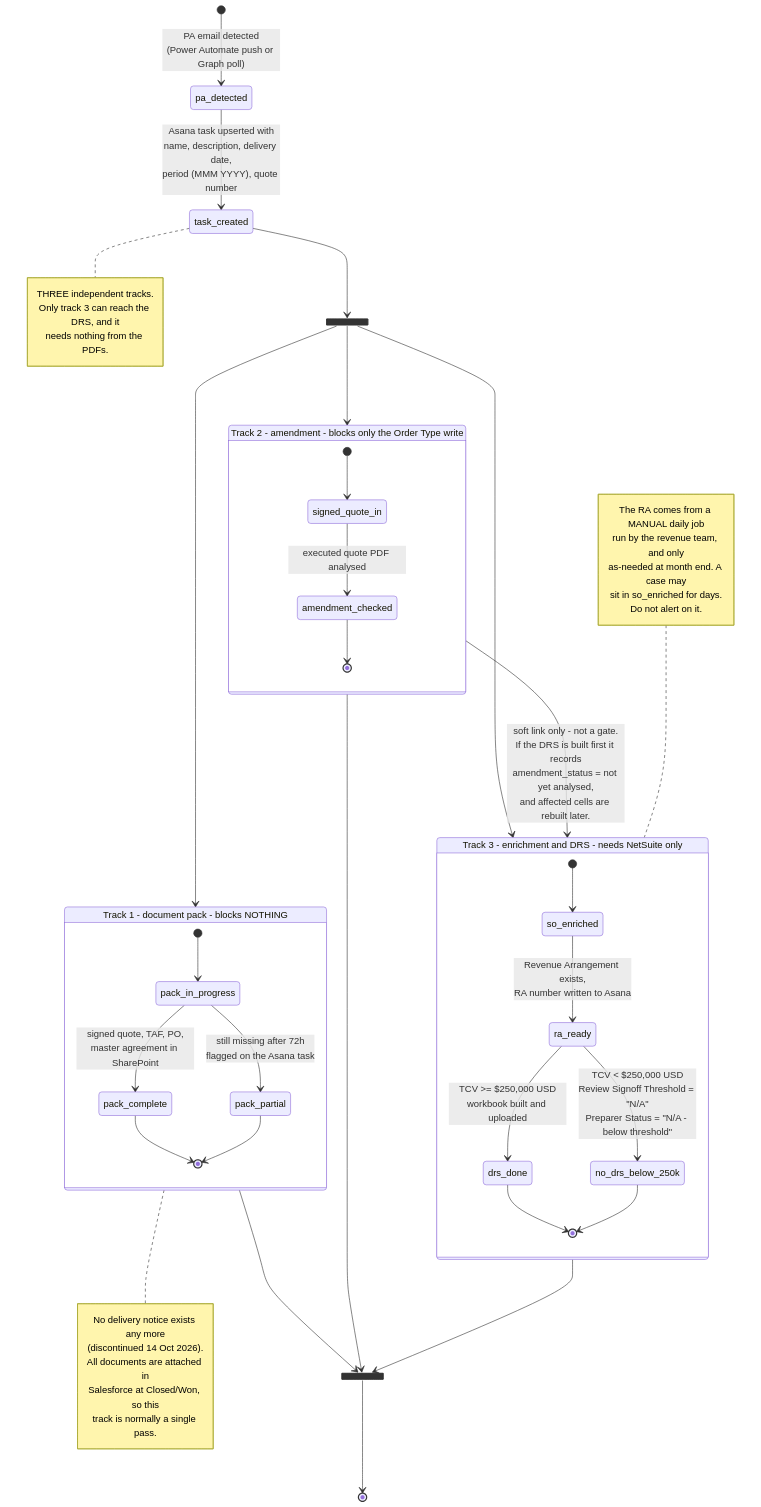
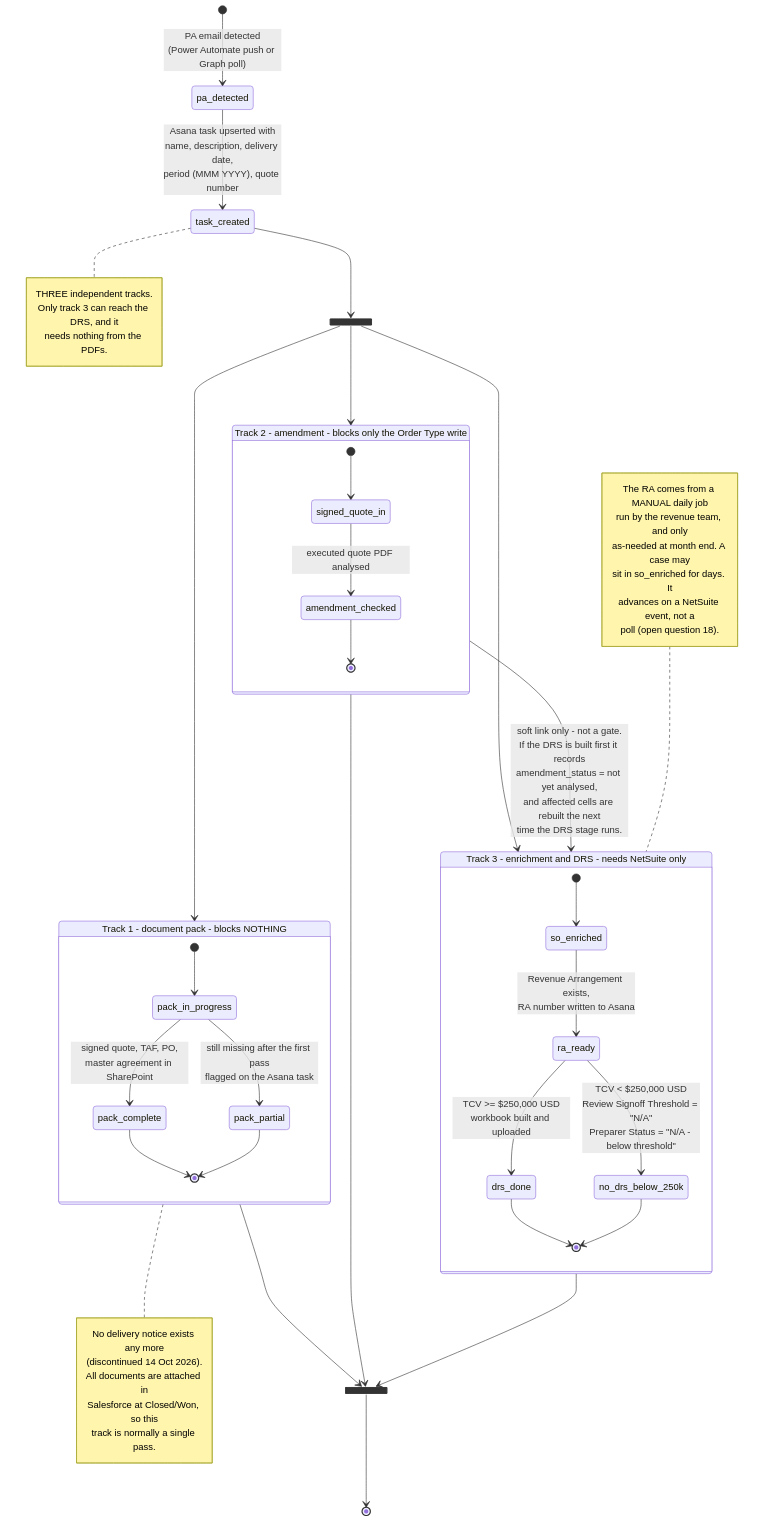
The diagram in docs/plan/diagrams/mmd/02-state-machine.mmd (raj-barshikar-sp/deal_review_agent_wf1), drawn with Mermaid before and after one commit. The commit also changed 21 other files, not shown here.

Commit message:
updated diagrams

```diff
--- a/docs/plan/diagrams/mmd/02-state-machine.mmd
+++ b/docs/plan/diagrams/mmd/02-state-machine.mmd
@@ -1,69 +1,70 @@
 stateDiagram-v2
     direction TB
 
     [*] --> pa_detected: PA email detected<br/>(Power Automate push or Graph poll)
 
     pa_detected --> task_created: Asana task upserted with<br/>name, description, delivery date,<br/>period (MMM YYYY), quote number
 
     state fork_tracks <<fork>>
     task_created --> fork_tracks
 
     note right of task_created
       THREE independent tracks.
       Only track 3 can reach the DRS, and it
       needs nothing from the PDFs.
     end note
 
     state "Track 1 - document pack - blocks NOTHING" as T1 {
         direction TB
         [*] --> pack_in_progress
         pack_in_progress --> pack_complete: signed quote, TAF, PO,<br/>master agreement in SharePoint
-        pack_in_progress --> pack_partial: still missing after 72h<br/>flagged on the Asana task
+        pack_in_progress --> pack_partial: still missing after the first pass<br/>flagged on the Asana task
         pack_complete --> [*]
         pack_partial --> [*]
     }
 
     state "Track 2 - amendment - blocks only the Order Type write" as T2 {
         direction TB
         [*] --> signed_quote_in
         signed_quote_in --> amendment_checked: executed quote PDF analysed
         amendment_checked --> [*]
     }
 
     state "Track 3 - enrichment and DRS - needs NetSuite only" as T3 {
         direction TB
         [*] --> so_enriched
         so_enriched --> ra_ready: Revenue Arrangement exists,<br/>RA number written to Asana
         ra_ready --> drs_done: TCV >= $250,000 USD<br/>workbook built and uploaded
         ra_ready --> no_drs_below_250k: TCV < $250,000 USD<br/>Review Signoff Threshold = "N/A"<br/>Preparer Status = "N/A - below threshold"
         drs_done --> [*]
         no_drs_below_250k --> [*]
     }
 
     fork_tracks --> T1
     fork_tracks --> T2
     fork_tracks --> T3
 
-    T2 --> T3: soft link only - not a gate.<br/>If the DRS is built first it records<br/>amendment_status = not yet analysed,<br/>and affected cells are rebuilt later.
+    T2 --> T3: soft link only - not a gate.<br/>If the DRS is built first it records<br/>amendment_status = not yet analysed,<br/>and affected cells are rebuilt the next<br/>time the DRS stage runs.
 
     state join_done <<join>>
     T1 --> join_done
     T2 --> join_done
     T3 --> join_done
     join_done --> [*]
 
     note left of T3
       The RA comes from a MANUAL daily job
       run by the revenue team, and only
       as-needed at month end. A case may
-      sit in so_enriched for days.
-      Do not alert on it.
+      sit in so_enriched for days. It
+      advances on a NetSuite event, not a
+      poll (open question 18).
     end note
 
     note right of T1
       No delivery notice exists any more
       (discontinued 14 Oct 2026).
       All documents are attached in
       Salesforce at Closed/Won, so this
       track is normally a single pass.
     end note
```
